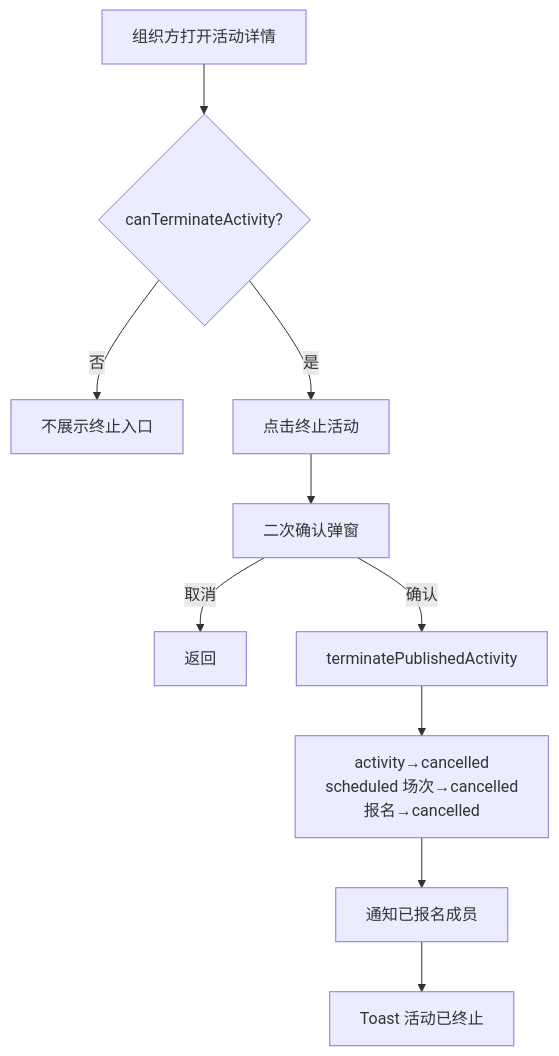
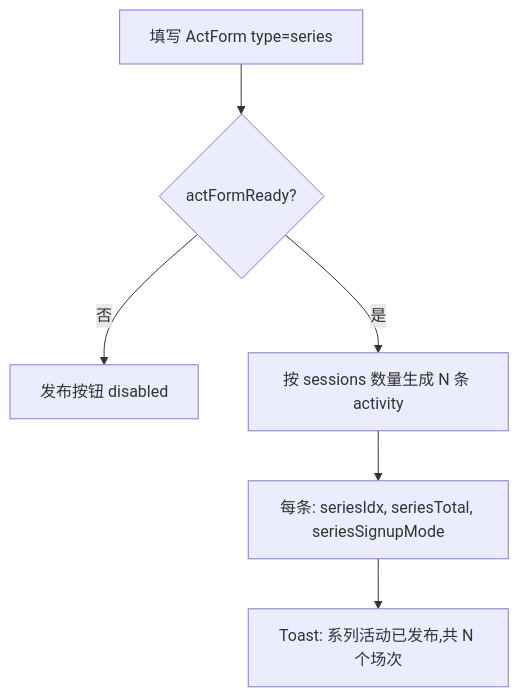
One commit to moyi5603/Interest-Group_2 changed the third of 4 diagrams in docs/PRD-兴趣小组-代码逆向.md. Above: the diagram before and after it, drawn with Mermaid. The commit also changed other lines of this file and 18 other files, not shown here.

````diff
--- a/docs/PRD-兴趣小组-代码逆向.md
+++ b/docs/PRD-兴趣小组-代码逆向.md
@@ -731,12 +565,8 @@
 ```mermaid
 flowchart TD
-    A[组织方打开活动详情] --> B{canTerminateActivity?}
-    B -->|否| C[不展示终止入口]
-    B -->|是| D[点击终止活动]
-    D --> E[二次确认弹窗]
-    E -->|取消| F[返回]
-    E -->|确认| G[terminatePublishedActivity]
-    G --> H[activity→cancelled<br/>scheduled 场次→cancelled<br/>报名→cancelled]
-    H --> I[通知已报名成员]
-    I --> J[Toast 活动已终止]
+    A[填写 ActForm type=series] --> B{actFormReady?}
+    B -->|否| C[发布按钮 disabled]
+    B -->|是| D[按 sessions 数量生成 N 条 activity]
+    D --> E[每条: seriesIdx, seriesTotal, seriesSignupMode]
+    E --> F[Toast: 系列活动已发布,共 N 个场次]
 ```
````
